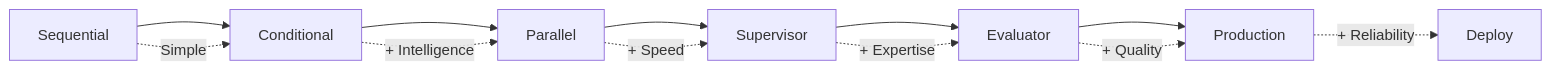
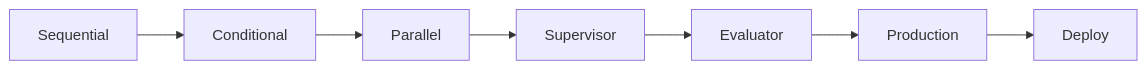
The first of 13 diagrams in PATTERNS.md (rulala/fac-ws_ai_multi-agent), drawn with Mermaid before and after one commit. The commit also changed other lines of this file, not shown here.

````diff
--- a/PATTERNS.md
+++ b/PATTERNS.md
@@ -5,15 +5,9 @@
 ```mermaid
 graph LR
     A[Sequential] --> B[Conditional]
     B --> C[Parallel]
     C --> D[Supervisor]
     D --> E[Evaluator]
     E --> F[Production]
-
-    A -.->|Simple| B
-    B -.->|+ Intelligence| C
-    C -.->|+ Speed| D
-    D -.->|+ Expertise| E
-    E -.->|+ Quality| F
-    F -.->|+ Reliability| G[Deploy]
+    F --> G[Deploy]
 ```
````
